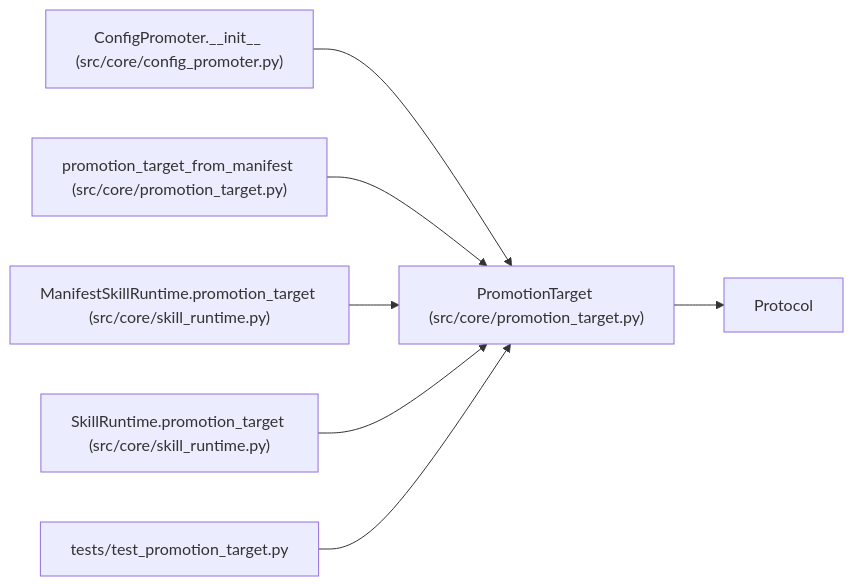
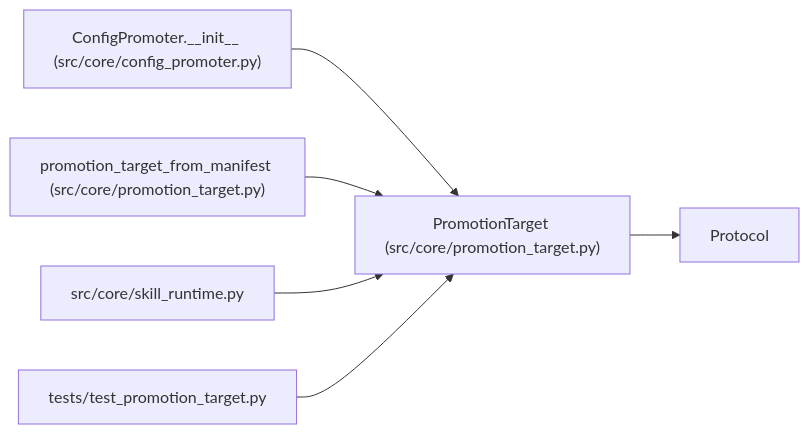
Before and after one commit to Denissvgn/autoresearch-agent: the diagram in docs/llm_wiki/entities/promotion_target_PromotionTarget.md, drawn with Mermaid. The commit also changed other lines of this file and 1033 other files, not shown here.

````diff
--- a/docs/llm_wiki/entities/promotion_target_PromotionTarget.md
+++ b/docs/llm_wiki/entities/promotion_target_PromotionTarget.md
@@ -35,22 +35,19 @@
 ```mermaid
 flowchart LR
     n0["PromotionTarget (src/core/promotion_target.py)"]
     n1["Protocol"]
     n2["ConfigPromoter.__init__ (src/core/config_promoter.py)"]
     n3["promotion_target_from_manifest (src/core/promotion_target.py)"]
-    n4["ManifestSkillRuntime.promotion_target (src/core/skill_runtime.py)"]
-    n5["SkillRuntime.promotion_target (src/core/skill_runtime.py)"]
-    n6["tests/test_promotion_target.py"]
+    n4["src/core/skill_runtime.py"]
+    n5["tests/test_promotion_target.py"]
     n0 --> n1
     n2 --> n0
     n3 --> n0
     n4 --> n0
     n5 --> n0
-    n6 --> n0
     click n0 "../modules/promotion_target.md"
     click n2 "../modules/config_promoter.md"
     click n3 "../modules/promotion_target.md"
     click n4 "../modules/skill_runtime.md"
-    click n5 "../modules/skill_runtime.md"
-    click n6 "../modules/test_promotion_target.md"
+    click n5 "../modules/test_promotion_target.md"
 ```
````
